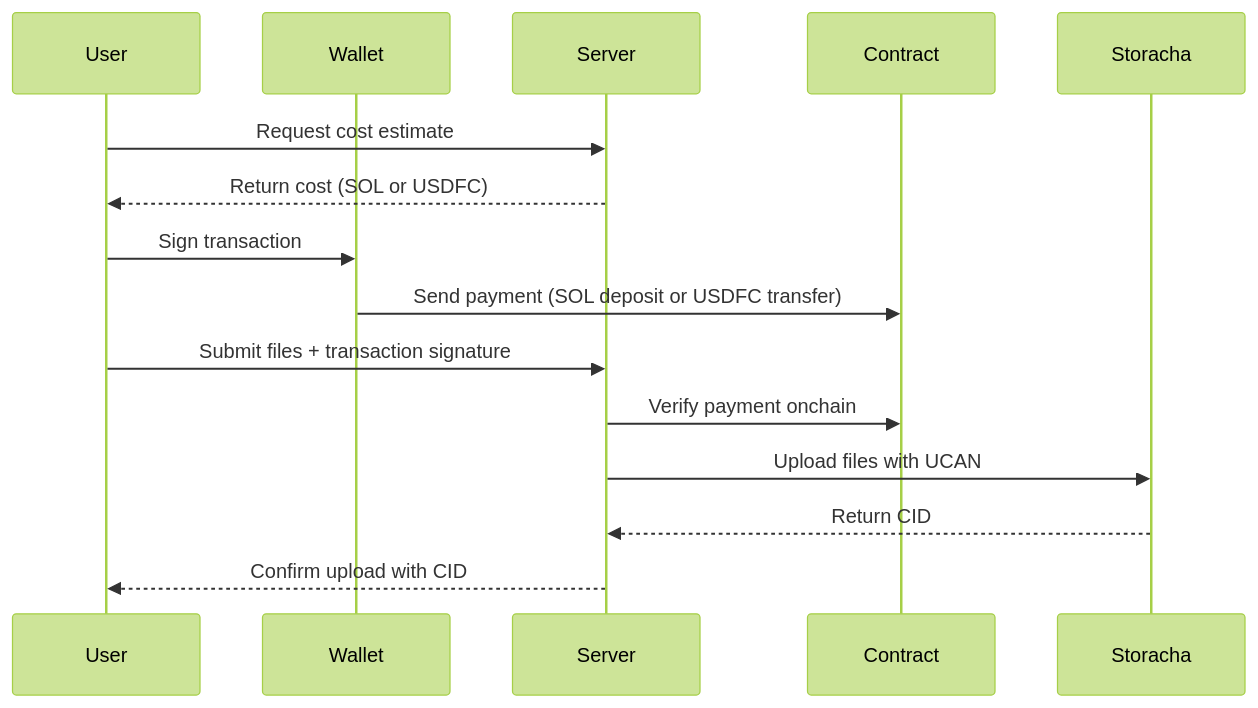
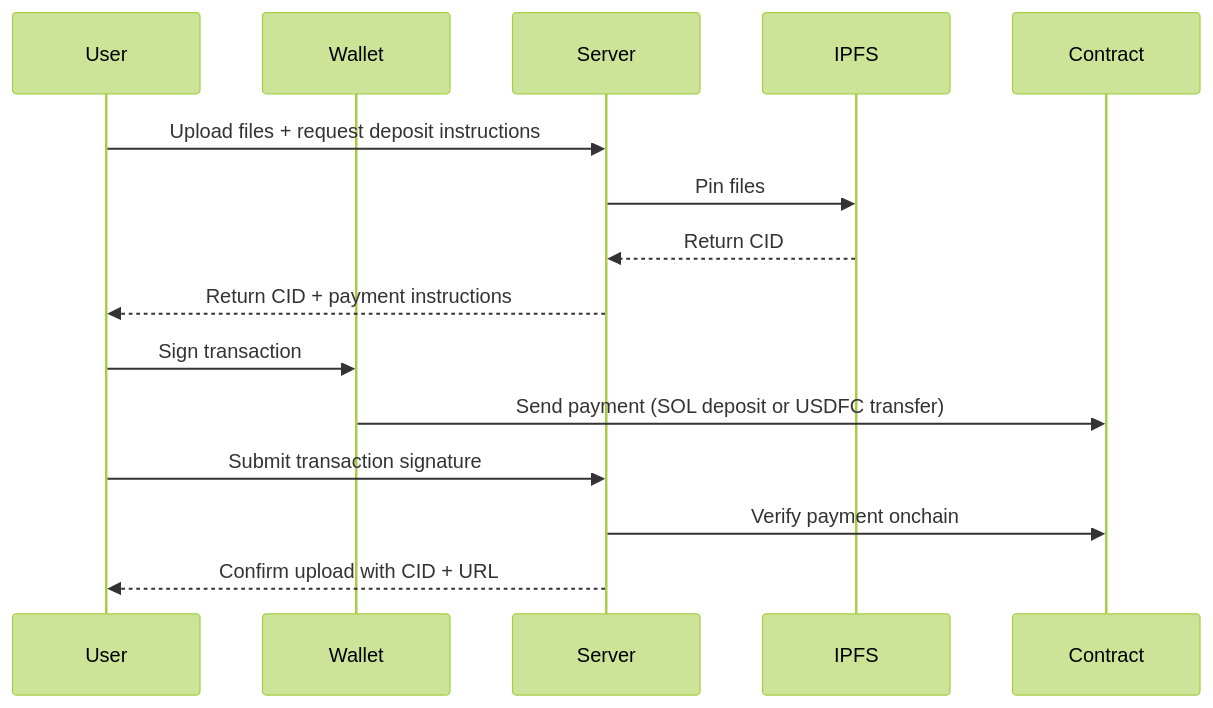
Before and after one commit to seetadev/Storacha-Solana-SDK: the diagram in docs/concepts/storage-payments.mdx, drawn with Mermaid (forest theme). The commit also changed other lines of this file and 6 other files, not shown here.

````diff
--- a/docs/concepts/storage-payments.mdx
+++ b/docs/concepts/storage-payments.mdx
@@ -57,18 +57,18 @@
 ```mermaid
 sequenceDiagram
     participant User
     participant Wallet
     participant Server
+    participant IPFS
     participant Contract
-    participant Storacha
 
-    User->>Server: Request cost estimate
-    Server-->>User: Return cost (SOL or USDFC)
+    User->>Server: Upload files + request deposit instructions
+    Server->>IPFS: Pin files
+    IPFS-->>Server: Return CID
+    Server-->>User: Return CID + payment instructions
     User->>Wallet: Sign transaction
     Wallet->>Contract: Send payment (SOL deposit or USDFC transfer)
-    User->>Server: Submit files + transaction signature
+    User->>Server: Submit transaction signature
     Server->>Contract: Verify payment onchain
-    Server->>Storacha: Upload files with UCAN
-    Storacha-->>Server: Return CID
-    Server-->>User: Confirm upload with CID
+    Server-->>User: Confirm upload with CID + URL
 ```
````
